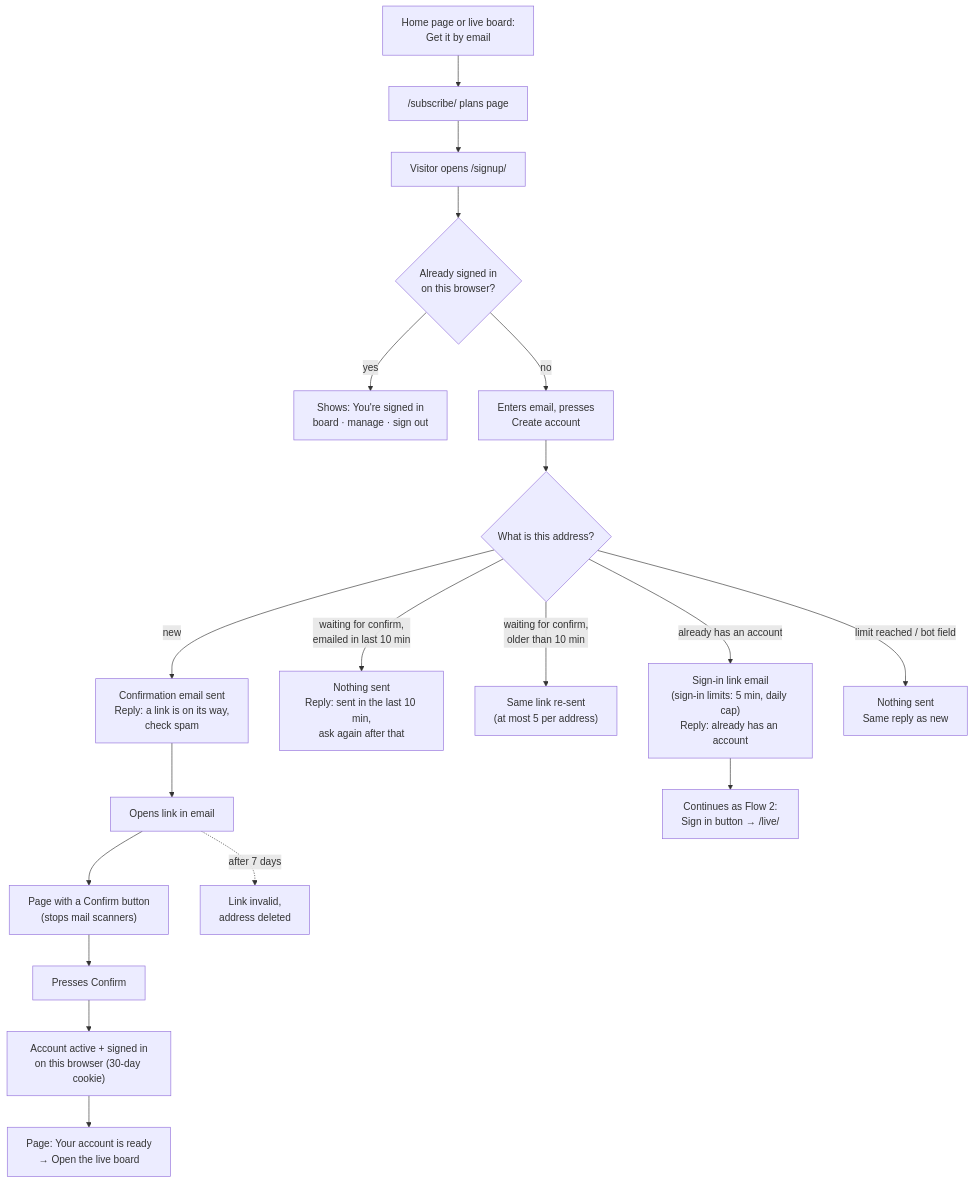
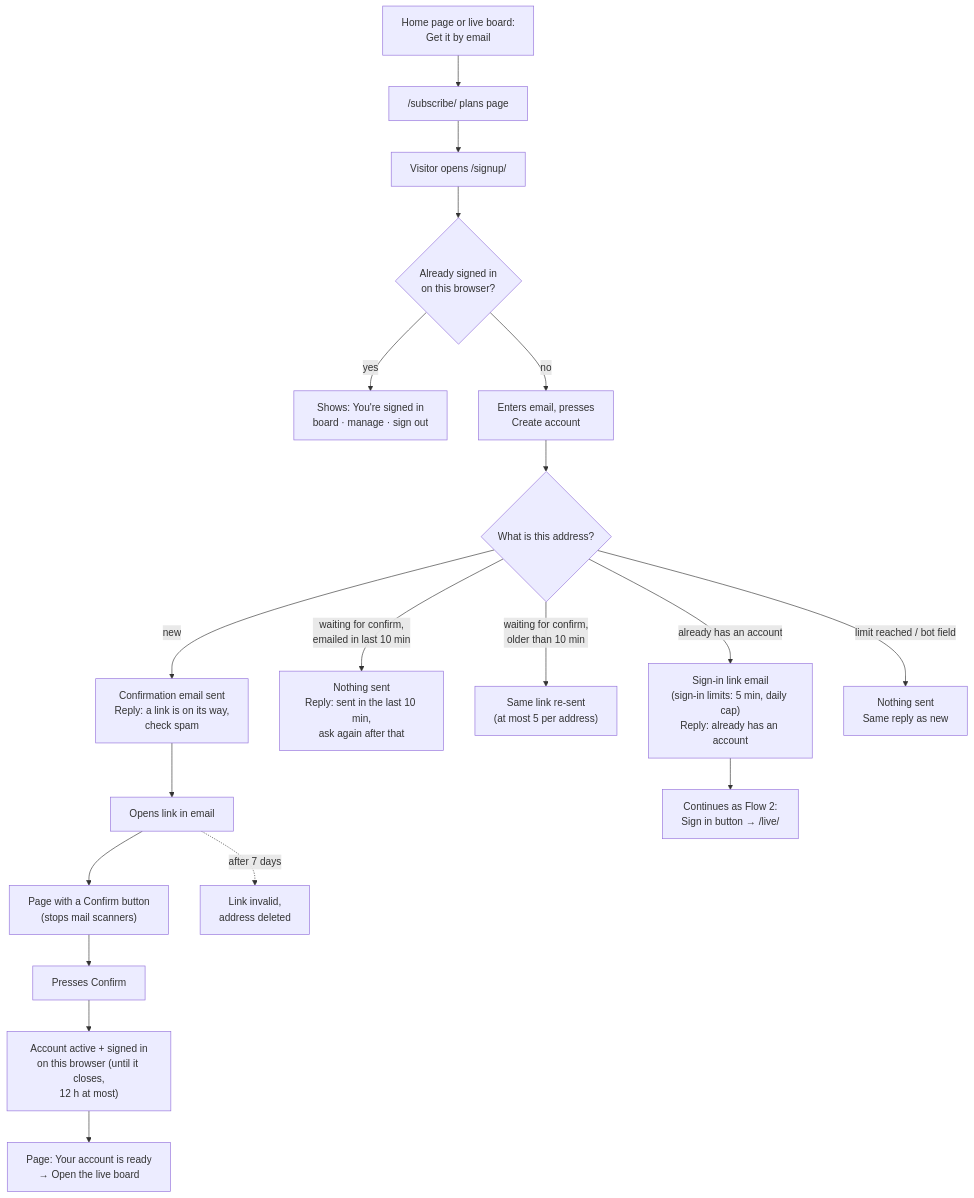
One commit to bhawnamanglapm/travel-problem-radar-case-study changed the first of 3 diagrams in docs/subscriptions/account-flows.md. Above: the diagram before and after it, drawn with Mermaid. The commit also changed other lines of this file and 8 other files, not shown here.

First line of the commit message:
Docs: home page audit, sign-in until the browser closes

````diff
--- a/docs/subscriptions/account-flows.md
+++ b/docs/subscriptions/account-flows.md
@@ -19,21 +19,21 @@
 ```mermaid
 flowchart TD
   P0["Home page or live board:<br/>Get it by email"] --> P1["/subscribe/ plans page"]
   P1 --> A["Visitor opens /signup/"]
   A --> B{"Already signed in<br/>on this browser?"}
   B -- yes --> B1["Shows: You're signed in<br/>board · manage · sign out"]
   B -- no --> C["Enters email, presses<br/>Create account"]
   C --> D{"What is this address?"}
   D -- "new" --> E["Confirmation email sent<br/>Reply: a link is on its way,<br/>check spam"]
   D -- "waiting for confirm,<br/>emailed in last 10 min" --> F["Nothing sent<br/>Reply: sent in the last 10 min,<br/>ask again after that"]
   D -- "waiting for confirm,<br/>older than 10 min" --> E3["Same link re-sent<br/>(at most 5 per address)"]
   D -- "already has an account" --> G["Sign-in link email<br/>(sign-in limits: 5 min, daily cap)<br/>Reply: already has an account"]
   D -- "limit reached / bot field" --> E2["Nothing sent<br/>Same reply as new"]
   E --> H["Opens link in email"]
   H --> I["Page with a Confirm button<br/>(stops mail scanners)"]
   I --> J["Presses Confirm"]
-  J --> K["Account active + signed in<br/>on this browser (30-day cookie)"]
+  J --> K["Account active + signed in<br/>on this browser (until it closes,<br/>12 h at most)"]
   K --> L["Page: Your account is ready<br/>→ Open the live board"]
   H -. "after 7 days" .-> X["Link invalid,<br/>address deleted"]
   G --> M["Continues as Flow 2:<br/>Sign in button → /live/"]
 ```
````
